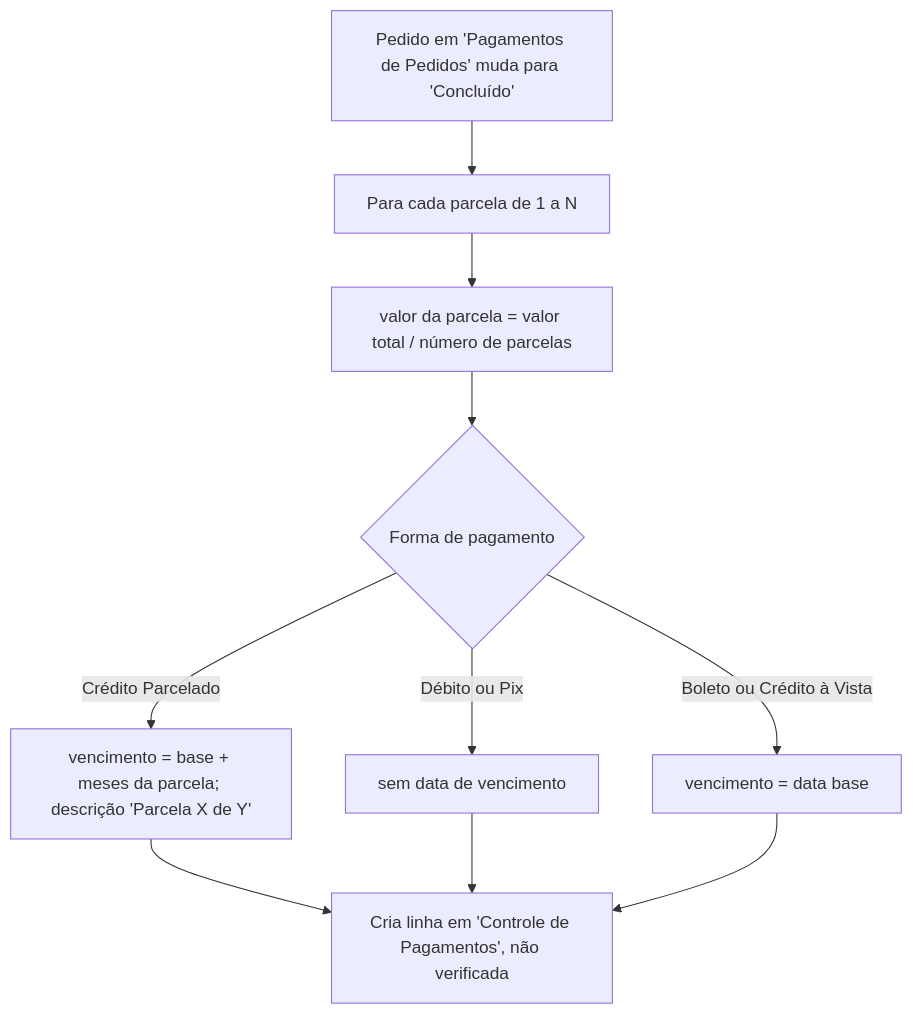
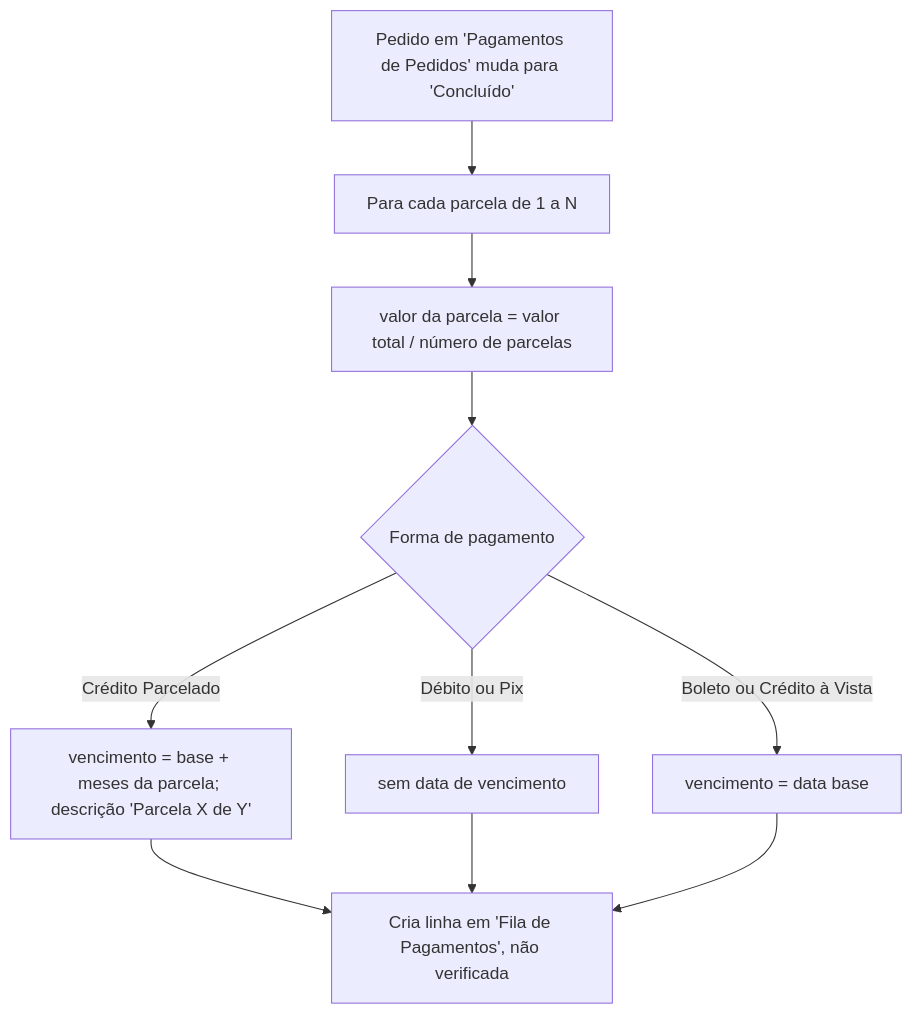
The second of 3 diagrams in public/projects/bello-financeiro/content/pt.md (zenvv/portifolio), drawn with Mermaid before and after one commit. The commit also changed other lines of this file and 76 other files, not shown here.

````diff
--- a/public/projects/bello-financeiro/content/pt.md
+++ b/public/projects/bello-financeiro/content/pt.md
@@ -42,12 +44,12 @@
 ```mermaid
 flowchart TD
     T[Pedido em 'Pagamentos de Pedidos' muda para 'Concluído'] --> L[Para cada parcela de 1 a N]
     L --> V[valor da parcela = valor total / número de parcelas]
     V --> D{Forma de pagamento}
     D -->|Crédito Parcelado| DP[vencimento = base + meses da parcela; descrição 'Parcela X de Y']
     D -->|Débito ou Pix| DN[sem data de vencimento]
     D -->|Boleto ou Crédito à Vista| DB[vencimento = data base]
-    DP --> C[Cria linha em 'Controle de Pagamentos', não verificada]
+    DP --> C[Cria linha em 'Fila de Pagamentos', não verificada]
     DN --> C
     DB --> C
 ```
````
